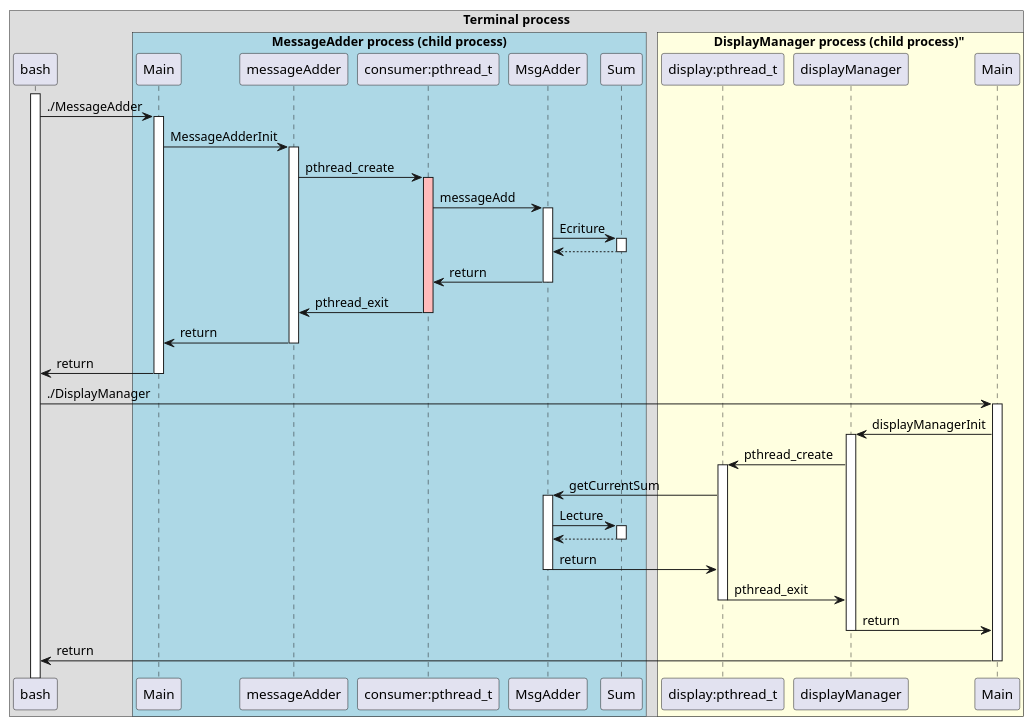
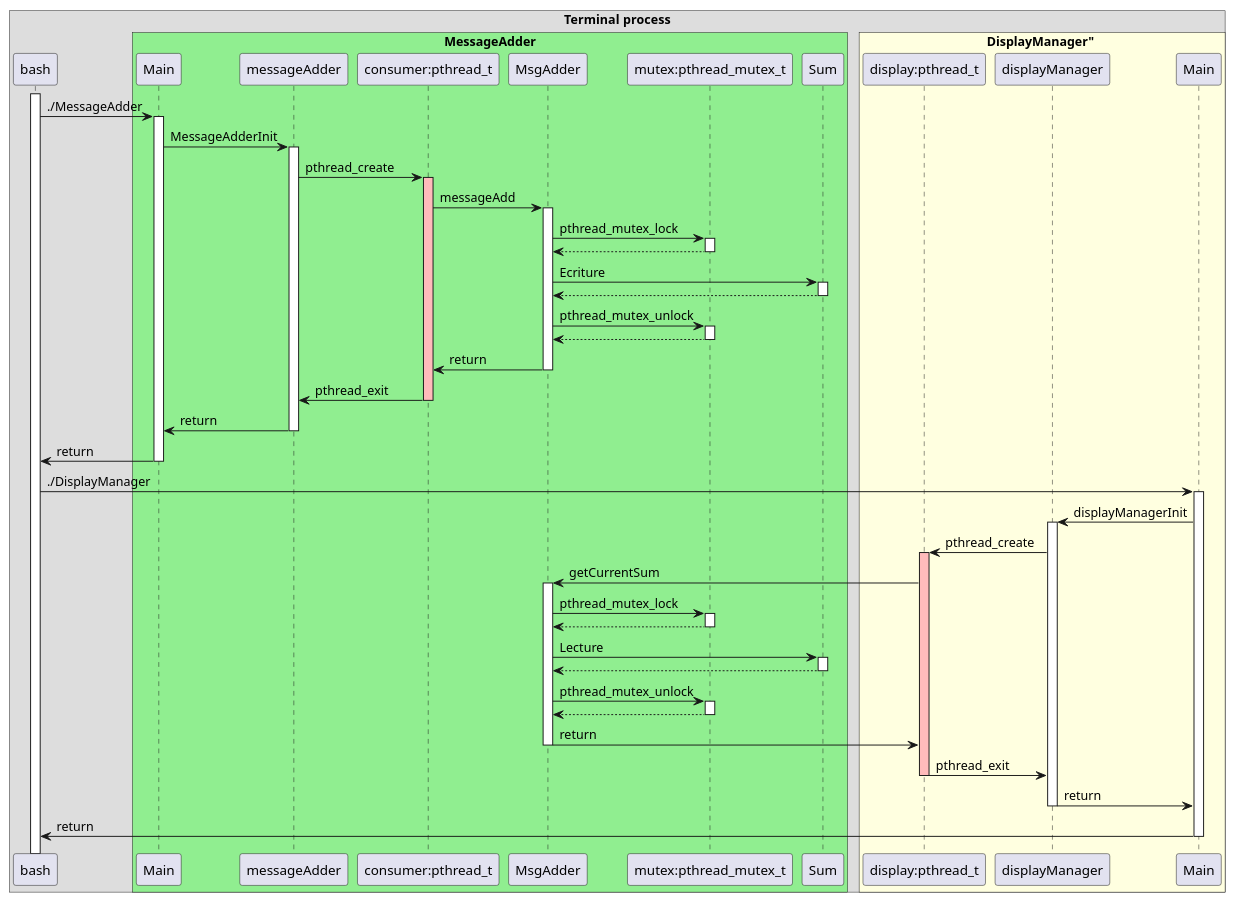
One commit to LeRatonLaveurSolitaire/multitasking_training_practical_work changed the diagram in exercice-1/diagrams/cons-display.puml. Above: the diagram before and after it, drawn with PlantUML. The commit also changed 7 other files, not shown here.

```diff
--- a/exercice-1/diagrams/cons-display.puml
+++ b/exercice-1/diagrams/cons-display.puml
@@ -1,81 +1,98 @@
 @startuml
 !pragma teoz true
 box "Terminal process"
 participant bash
 
 
 
-box "MessageAdder process (child process)" #lightblue
+box "MessageAdder" #lightgreen
 participant "Main" as main
 participant "messageAdder" as messageAdder
 participant "consumer:pthread_t" as consumer
 participant "MsgAdder" as MsgAdder
+participant "mutex:pthread_mutex_t" as mutex
 participant "Sum" as Sum
 end box
 
-box DisplayManager process (child process)" #lightyellow
+box DisplayManager" #lightyellow
 participant "display:pthread_t" as display
 participant "displayManager" as displayManager
 participant "Main" as main2
 end box
 end box
 
 activate bash
 bash -> main: ./MessageAdder
 activate main
 
 main -> messageAdder : MessageAdderInit
 activate messageAdder
 
 messageAdder -> consumer : pthread_create
 activate consumer #FFBBBB
 
 consumer -> MsgAdder : messageAdd
 activate MsgAdder
 
+MsgAdder->mutex : pthread_mutex_lock
+activate mutex
+return
+
 MsgAdder -> Sum: Ecriture
 activate Sum
+return
+
+MsgAdder->mutex : pthread_mutex_unlock
+activate mutex
 return
 
 MsgAdder -> consumer : return
 deactivate MsgAdder
 
 consumer -> messageAdder: pthread_exit
 deactivate consumer
 
 messageAdder-> main: return
 deactivate messageAdder
 
 main-> bash: return
 deactivate main
 
 bash -> main2 : ./DisplayManager
 activate main2
 
 main2-> displayManager : displayManagerInit
 activate displayManager
 
 displayManager-> display :pthread_create
-activate display
+activate display #FFBBBB
 
 display->MsgAdder: getCurrentSum
 activate MsgAdder
 
+MsgAdder->mutex : pthread_mutex_lock
+activate mutex
+return
+
 MsgAdder -> Sum: Lecture
 activate Sum
+return
+
+MsgAdder->mutex : pthread_mutex_unlock
+activate mutex
 return
 
 MsgAdder->display: return
 deactivate MsgAdder
 
 display-> displayManager: pthread_exit
 deactivate display
 
 displayManager-> main2 : return
 deactivate displayManager
 
 main2-> bash :return
 deactivate main2
 
 
 @enduml
```
